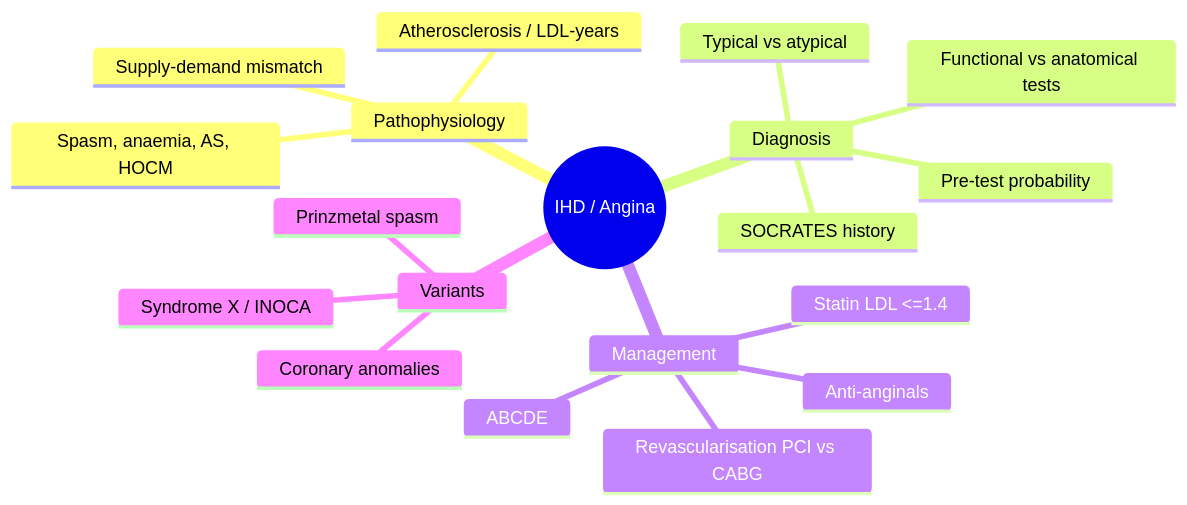
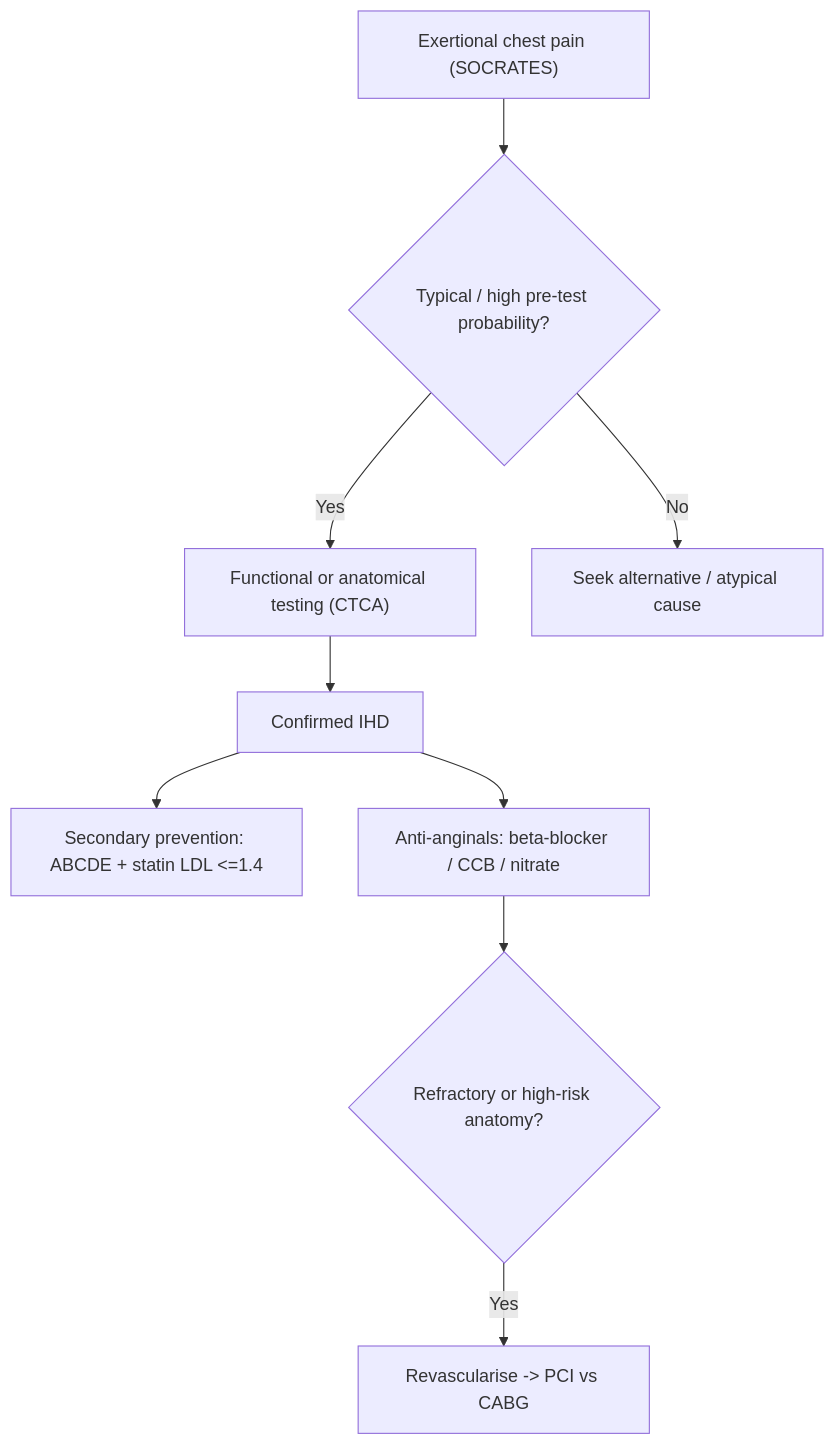
One commit to samacek123-design/study-site-notes changed the diagram in content/Cardiology/Ischaemic Heart Disease and Angina Pectoris.md. Above: the diagram before and after it, drawn with Mermaid. The commit also changed other lines of this file and 15 other files, not shown here.

````diff
--- a/content/Cardiology/Ischaemic Heart Disease and Angina Pectoris.md
+++ b/content/Cardiology/Ischaemic Heart Disease and Angina Pectoris.md
@@ -60,22 +60,11 @@
 ```mermaid
-mindmap
-  root((IHD / Angina))
-    Pathophysiology
-      Supply-demand mismatch
-      Atherosclerosis / LDL-years
-      Spasm, anaemia, AS, HOCM
-    Diagnosis
-      SOCRATES history
-      Typical vs atypical
-      Pre-test probability
-      Functional vs anatomical tests
-    Management
-      ABCDE
-      Statin LDL <=1.4
-      Anti-anginals
-      Revascularisation PCI vs CABG
-    Variants
-      Prinzmetal spasm
-      Syndrome X / INOCA
-      Coronary anomalies
+flowchart TD
+  A["Exertional chest pain (SOCRATES)"] --> B{"Typical / high pre-test probability?"}
+  B -->|Yes| C["Functional or anatomical testing (CTCA)"]
+  B -->|No| D["Seek alternative / atypical cause"]
+  C --> E["Confirmed IHD"]
+  E --> F["Secondary prevention: ABCDE + statin LDL <=1.4"]
+  E --> G["Anti-anginals: beta-blocker / CCB / nitrate"]
+  G --> H{"Refractory or high-risk anatomy?"}
+  H -->|Yes| I["Revascularise -> PCI vs CABG"]
 ```
````
